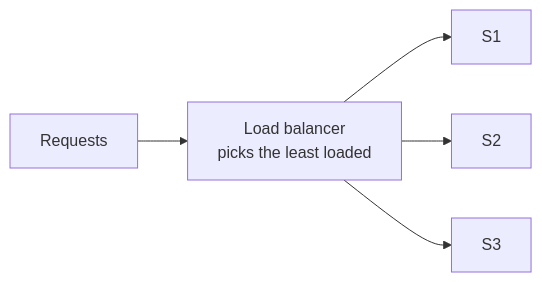
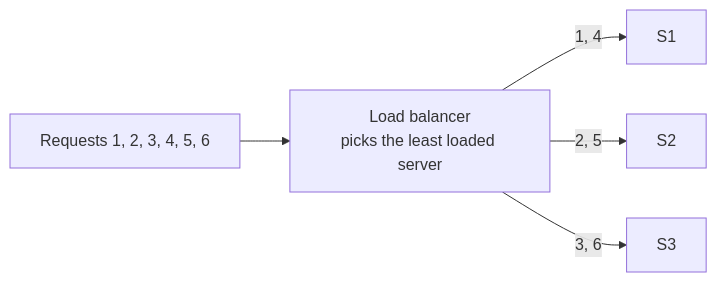
The fourth of 6 diagrams in dbms/17-clustering.md (aaryan-pradhan/core-cs-fundamentals), drawn with Mermaid before and after one commit. The commit also changed other lines of this file, not shown here.

````diff
--- a/dbms/17-clustering.md
+++ b/dbms/17-clustering.md
@@ -55,7 +58,7 @@
-      ```mermaid
-      flowchart LR
-        R["Requests"] --> LB["Load balancer<br/>picks the least loaded"]
-        LB --> S1["S1"]
-        LB --> S2["S2"]
-        LB --> S3["S3"]
-      ```
+```mermaid
+flowchart LR
+  R["Requests 1, 2, 3, 4, 5, 6"] --> LB["Load balancer<br/>picks the least loaded server"]
+  LB -->|"1, 4"| S1["S1"]
+  LB -->|"2, 5"| S2["S2"]
+  LB -->|"3, 6"| S3["S3"]
+```
````
